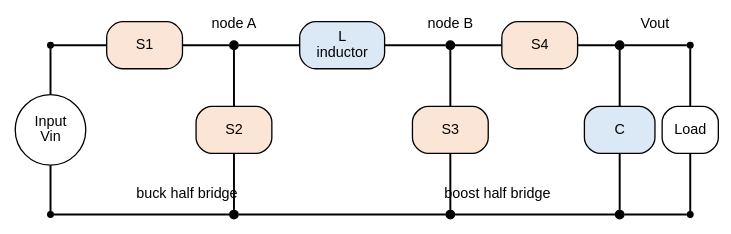
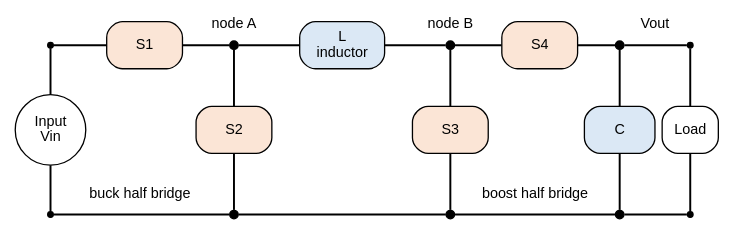
The diagram in docs/power/converters/four-switch.dot (mithro/evampire), drawn with Graphviz before and after one commit.

Commit message:
Move the half-bridge labels off the S2 and S3 ground wires

```diff
--- a/docs/power/converters/four-switch.dot
+++ b/docs/power/converters/four-switch.dot
@@ -1,58 +1,58 @@
 // Four-switch non-inverting buck-boost converter power stage: a buck half
 // bridge (S1, S2) and a boost half bridge (S3, S4) sharing one inductor.
 //
 // Fixed grid (positions in inches): the top row (y=2.0) carries the input,
 // the inductor and the output, the bottom row (y=0.2) is ground.
 //
 // SPDX-License-Identifier: Apache-2.0
 
 graph four_switch {
     graph [layout=neato, splines=false, overlap=true, fontname="Helvetica",
            size="7.4,4"];
     node  [shape=box, style="rounded,filled", fillcolor="#f2f2f2",
            fontname="Helvetica", fontsize=11, width=0.8, height=0.5,
            fixedsize=true];
     edge  [penwidth=1.5];
 
     vin   [pos="0.45,1.1!", shape=circle, width=0.75, label="Input\nVin",
            fillcolor="#ffffff"];
     s1    [pos="1.45,2.0!", label="S1", fillcolor="#fbe5d6"];
     s2    [pos="2.4,1.1!", label="S2", fillcolor="#fbe5d6"];
     l     [pos="3.55,2.0!", width=0.9, label="L\ninductor", fillcolor="#dbe8f5"];
     s3    [pos="4.7,1.1!", label="S3", fillcolor="#fbe5d6"];
     s4    [pos="5.65,2.0!", label="S4", fillcolor="#fbe5d6"];
     c     [pos="6.5,1.1!", width=0.75, label="C", fillcolor="#dbe8f5"];
     load  [pos="7.25,1.1!", width=0.6, label="Load", fillcolor="#ffffff"];
 
     // Text labels.
     a_l   [pos="2.4,2.22!", shape=plaintext, style="", label="node A",
            width=0.7, height=0.2];
     b_l   [pos="4.7,2.22!", shape=plaintext, style="", label="node B",
            width=0.7, height=0.2];
     out_l [pos="6.875,2.22!", shape=plaintext, style="", label="Vout",
            width=0.5, height=0.2];
-    buck_l  [pos="1.9,0.42!", shape=plaintext, style="",
+    buck_l  [pos="1.4,0.42!", shape=plaintext, style="",
              label="buck half bridge", width=1.4, height=0.2];
-    boost_l [pos="5.2,0.42!", shape=plaintext, style="",
+    boost_l [pos="5.6,0.42!", shape=plaintext, style="",
              label="boost half bridge", width=1.4, height=0.2];
 
     // Junctions and corners.
     node  [shape=point, width=0.06, height=0.06, label="", style=filled,
            fillcolor=black];
     in_t  [pos="0.45,2.0!"];
     na    [pos="2.4,2.0!", width=0.09, height=0.09];
     nb    [pos="4.7,2.0!", width=0.09, height=0.09];
     out   [pos="6.5,2.0!", width=0.09, height=0.09];
     out_t [pos="7.25,2.0!"];
     g0    [pos="0.45,0.2!"];
     g1    [pos="2.4,0.2!", width=0.09, height=0.09];
     g2    [pos="4.7,0.2!", width=0.09, height=0.09];
     g3    [pos="6.5,0.2!", width=0.09, height=0.09];
     g4    [pos="7.25,0.2!"];
 
     vin -- in_t;  in_t -- s1;  s1 -- na;  na -- l;  l -- nb;  nb -- s4;
     s4 -- out;  out -- out_t;  out_t -- load;  out -- c;
     na -- s2;  nb -- s3;
     vin -- g0;  s2 -- g1;  s3 -- g2;  c -- g3;  load -- g4;
     g0 -- g1 -- g2 -- g3 -- g4;
 }
```
